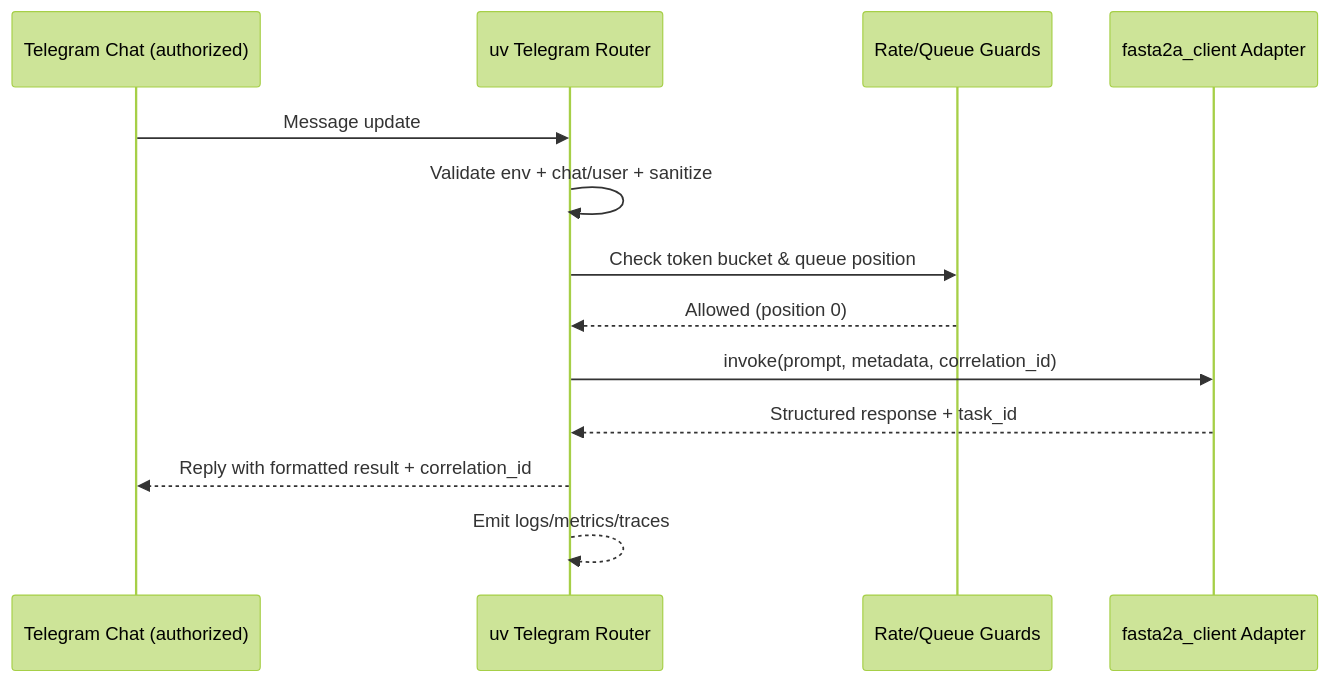
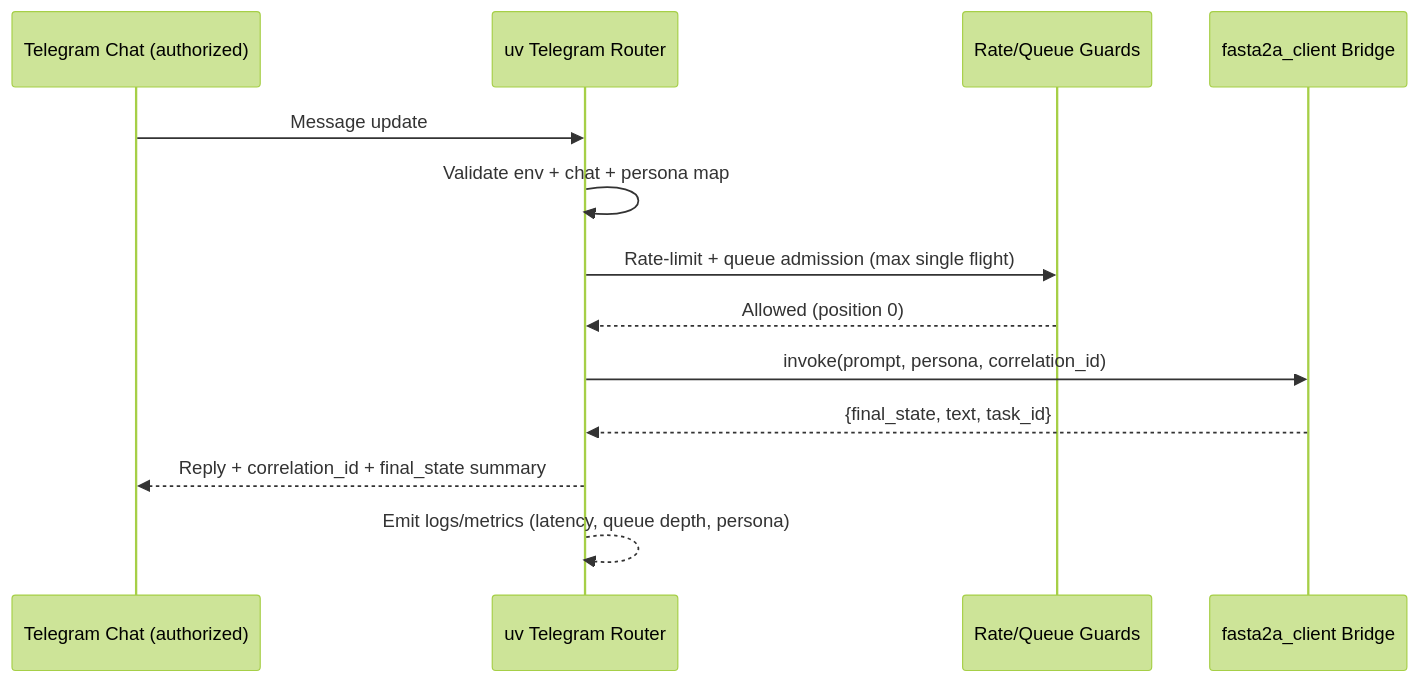
Before and after one commit to tbrandenburg/shai: the first of 2 diagrams in output/34/feature1_architecture.md, drawn with Mermaid (forest theme). The commit also changed other lines of this file and 29 other files, not shown here.

````diff
--- a/output/34/feature1_architecture.md
+++ b/output/34/feature1_architecture.md
@@ -80,16 +79,16 @@
 ```mermaid
 sequenceDiagram
     participant Chat as Telegram Chat (authorized)
-    participant Bot as uv Telegram Router
-    participant Rate as Rate/Queue Guards
-    participant A2A as fasta2a_client Adapter
+    participant Router as uv Telegram Router
+    participant Gate as Rate/Queue Guards
+    participant A2A as fasta2a_client Bridge
 
-    Chat->>Bot: Message update
-    Bot->>Bot: Validate env + chat/user + sanitize
-    Bot->>Rate: Check token bucket & queue position
-    Rate-->>Bot: Allowed (position 0)
-    Bot->>A2A: invoke(prompt, metadata, correlation_id)
-    A2A-->>Bot: Structured response + task_id
-    Bot-->>Chat: Reply with formatted result + correlation_id
-    Bot-->>Bot: Emit logs/metrics/traces
+    Chat->>Router: Message update
+    Router->>Router: Validate env + chat + persona map
+    Router->>Gate: Rate-limit + queue admission (max single flight)
+    Gate-->>Router: Allowed (position 0)
+    Router->>A2A: invoke(prompt, persona, correlation_id)
+    A2A-->>Router: {final_state, text, task_id}
+    Router-->>Chat: Reply + correlation_id + final_state summary
+    Router-->>Router: Emit logs/metrics (latency, queue depth, persona)
 ```
````
